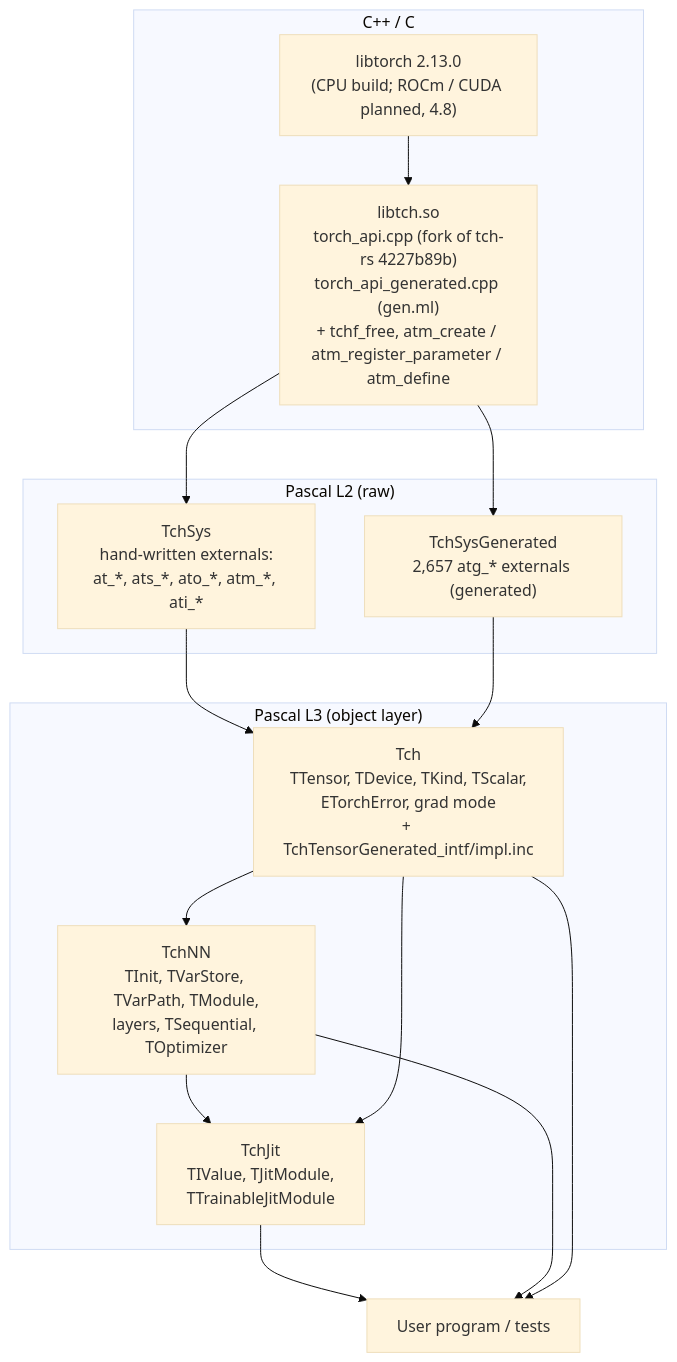
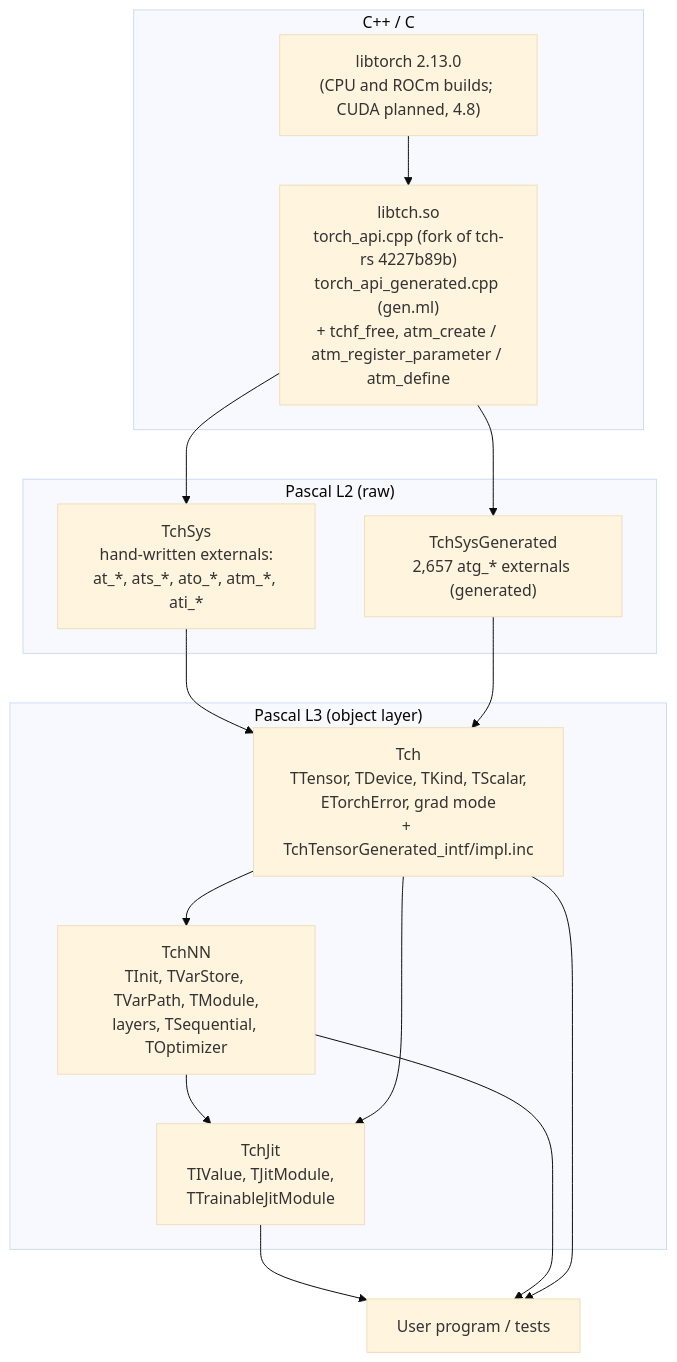
One commit to tankoha/tch-fpc changed the first of 8 diagrams in docs/UML.md. Above: the diagram before and after it, drawn with Mermaid (base theme). The commit also changed other lines of this file and 15 other files, not shown here.

````diff
--- a/docs/UML.md
+++ b/docs/UML.md
@@ -27,28 +27,28 @@
 ```mermaid
 flowchart TB
   subgraph Native["C++ / C"]
-    LT["libtorch 2.13.0<br/>(CPU build; ROCm / CUDA planned, 4.8)"]
+    LT["libtorch 2.13.0<br/>(CPU and ROCm builds; CUDA planned, 4.8)"]
     LTCH["libtch.so<br/>torch_api.cpp (fork of tch-rs 4227b89b)<br/>torch_api_generated.cpp (gen.ml)<br/>+ tchf_free, atm_create / atm_register_parameter / atm_define"]
   end
   subgraph L2["Pascal L2 (raw)"]
     SYS["TchSys<br/>hand-written externals:<br/>at_*, ats_*, ato_*, atm_*, ati_*"]
     SYSG["TchSysGenerated<br/>2,657 atg_* externals (generated)"]
   end
   subgraph L3["Pascal L3 (object layer)"]
     TCH["Tch<br/>TTensor, TDevice, TKind, TScalar,<br/>ETorchError, grad mode<br/>+ TchTensorGenerated_intf/impl.inc"]
     NN["TchNN<br/>TInit, TVarStore, TVarPath, TModule,<br/>layers, TSequential, TOptimizer"]
     JIT["TchJit<br/>TIValue, TJitModule,<br/>TTrainableJitModule"]
   end
   APP["User program / tests"]
   LT --> LTCH
   LTCH --> SYS
   LTCH --> SYSG
   SYS --> TCH
   SYSG --> TCH
   TCH --> NN
   NN --> JIT
   TCH --> JIT
   JIT --> APP
   NN --> APP
   TCH --> APP
 ```
````
